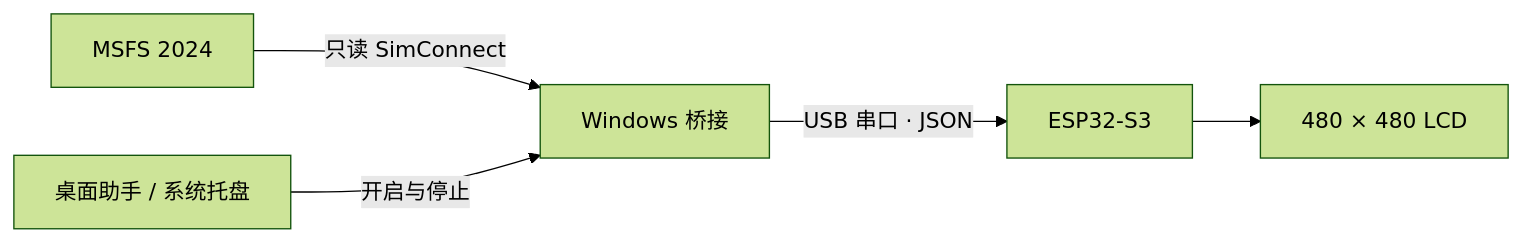
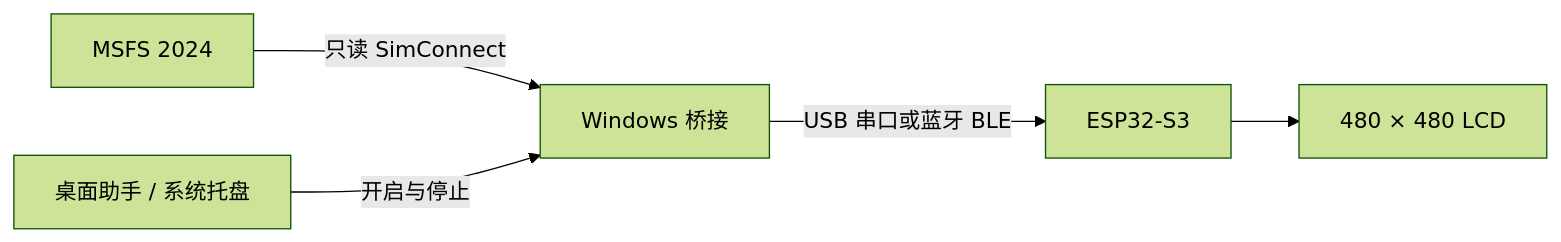
Before and after one commit to hanhaoxuan114514-glitch/MSFS-ESP32-ISIS: the diagram in README.md, drawn with Mermaid (forest theme). The commit also changed other lines of this file and 44 other files, not shown here.

````diff
--- a/README.md
+++ b/README.md
@@ -48,7 +48,7 @@
 ```mermaid
 flowchart LR
     A[MSFS 2024] -->|只读 SimConnect| B[Windows 桥接]
     C[桌面助手 / 系统托盘] -->|开启与停止| B
-    B -->|USB 串口 · JSON| D[ESP32-S3]
+    B -->|USB 串口或蓝牙 BLE| D[ESP32-S3]
     D --> E[480 × 480 LCD]
 ```
````
